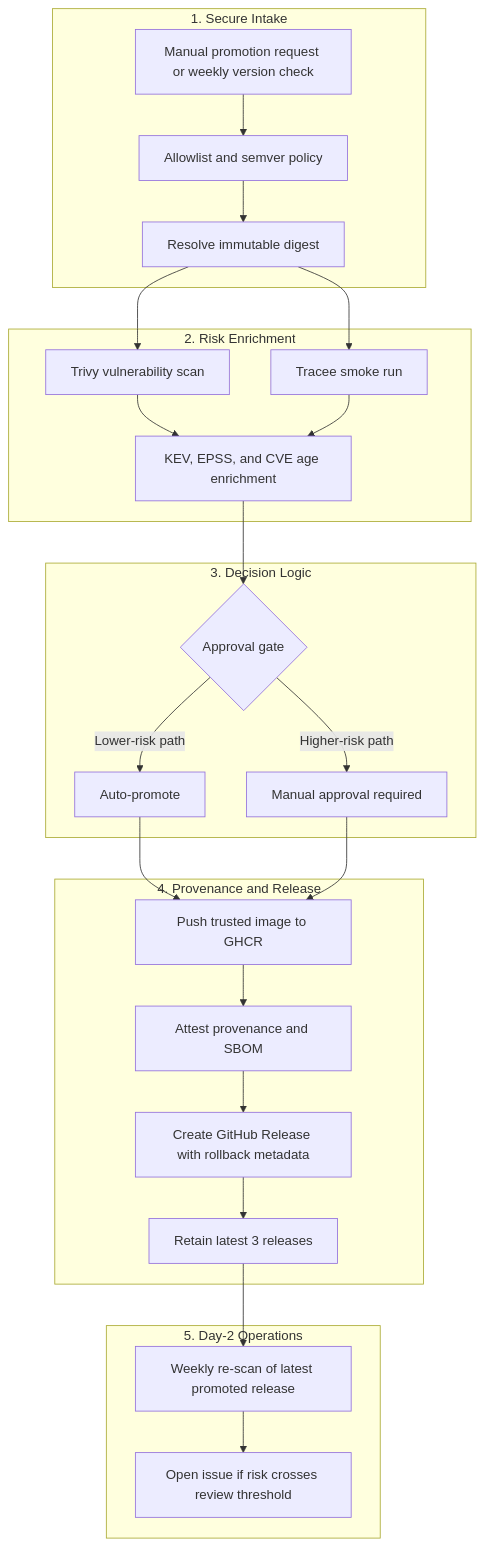
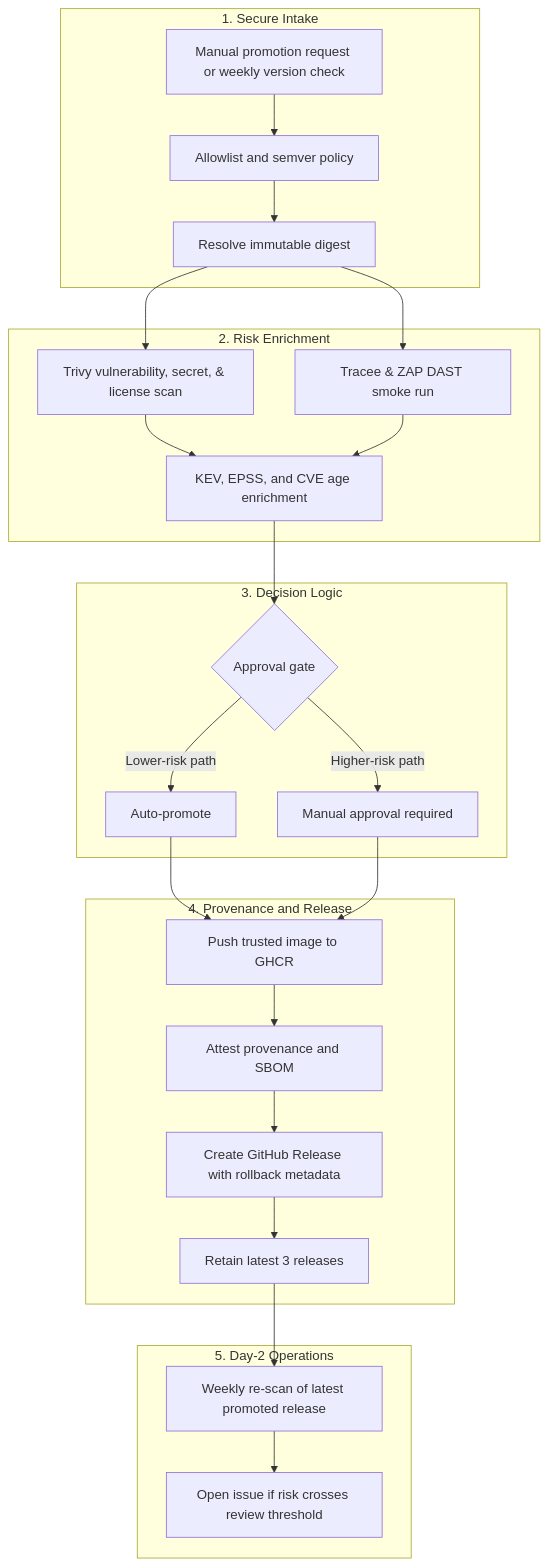
One commit to svveec0d3/secure-deploy changed the diagram in README.md. Above: the diagram before and after it, drawn with Mermaid. The commit also changed other lines of this file and 3 other files, not shown here.

Commit message:
feat(security): implement IaC, DAST, and license scanning

````diff
--- a/README.md
+++ b/README.md
@@ -54,33 +54,33 @@
 ```mermaid
 flowchart TD
     subgraph Intake["1. Secure Intake"]
         A["Manual promotion request or weekly version check"] --> B["Allowlist and semver policy"]
         B --> C["Resolve immutable digest"]
     end
 
     subgraph Analysis["2. Risk Enrichment"]
-        C --> D["Trivy vulnerability scan"]
-        C --> E["Tracee smoke run"]
+        C --> D["Trivy vulnerability, secret, & license scan"]
+        C --> E["Tracee & ZAP DAST smoke run"]
         D --> F["KEV, EPSS, and CVE age enrichment"]
         E --> F
     end
 
     subgraph Gate["3. Decision Logic"]
         F --> G{"Approval gate"}
         G -->|Lower-risk path| H["Auto-promote"]
         G -->|Higher-risk path| I["Manual approval required"]
     end
 
     subgraph Trust["4. Provenance and Release"]
         H --> J["Push trusted image to GHCR"]
         I --> J
         J --> K["Attest provenance and SBOM"]
         K --> L["Create GitHub Release with rollback metadata"]
         L --> M["Retain latest 3 releases"]
     end
 
     subgraph Monitor["5. Day-2 Operations"]
         M --> N["Weekly re-scan of latest promoted release"]
         N --> O["Open issue if risk crosses review threshold"]
     end
 ```
````
